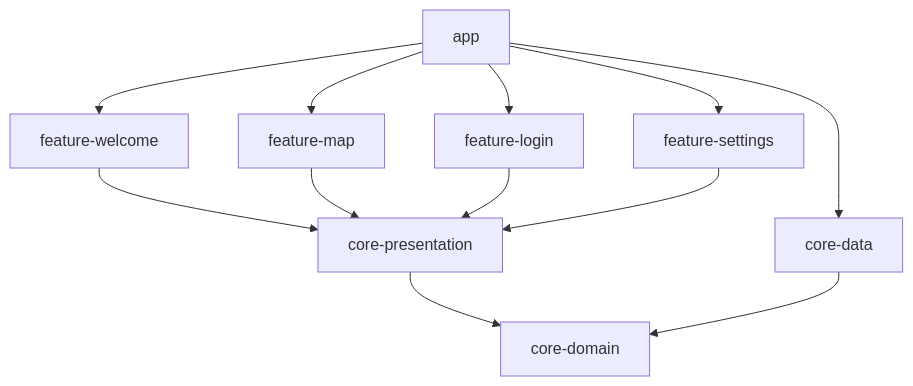
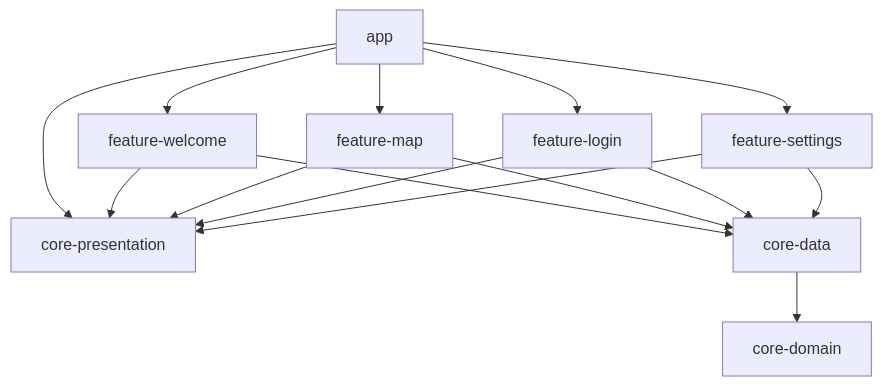
One commit to winstonmoon/wiki-bidet-map-android changed the diagram in README.md. Above: the diagram before and after it, drawn with Mermaid.

````diff
--- a/README.md
+++ b/README.md
@@ -4,14 +4,17 @@
 ```mermaid
 graph TD;
     app-->feature-welcome;
     app-->feature-map;
     app-->feature-login;
     app-->feature-settings;
-    app-->core-data;
+    app-->core-presentation;
     feature-welcome-->core-presentation;
     feature-map-->core-presentation;
     feature-login-->core-presentation;
     feature-settings-->core-presentation;
-    core-presentation-->core-domain;
+    feature-welcome-->core-data;
+    feature-map-->core-data;
+    feature-login-->core-data;
+    feature-settings-->core-data;
     core-data-->core-domain;
 ```
````
